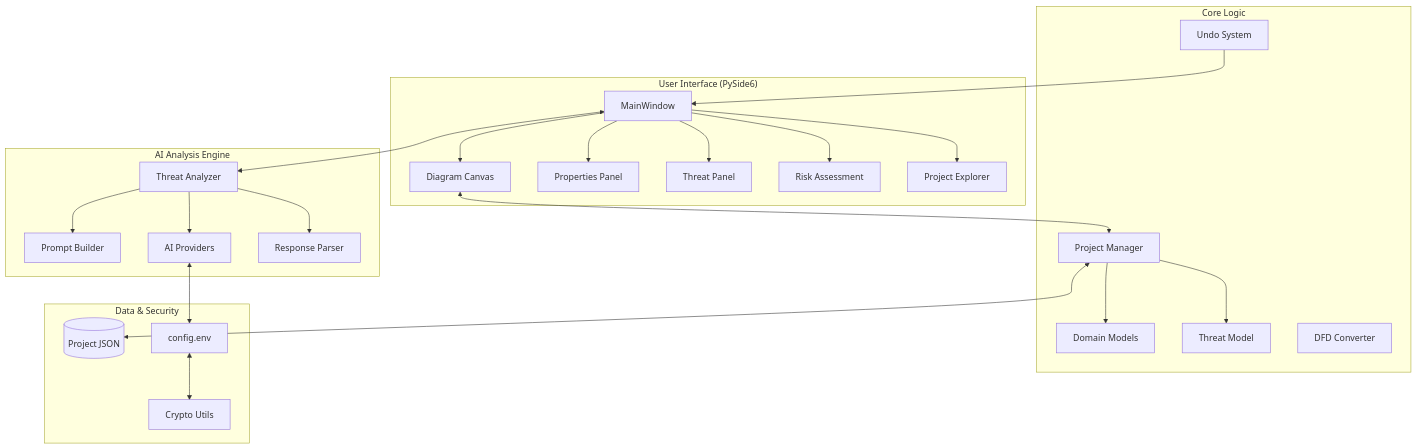
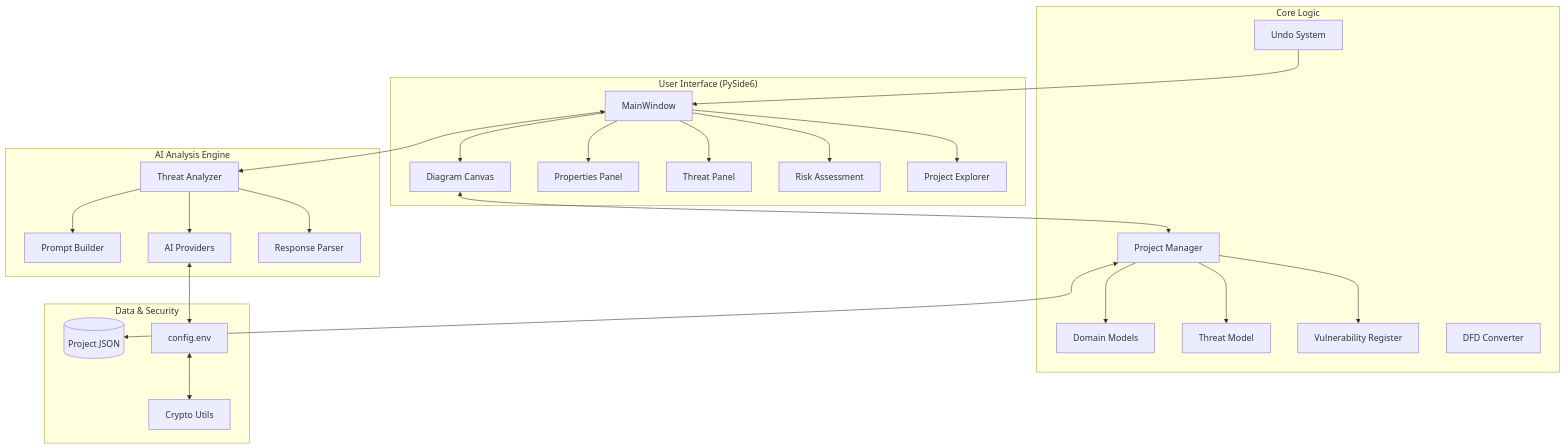
One commit to dipta-roy/ThreatPilot changed the diagram in ARCHITECTURE.md. Above: the diagram before and after it, drawn with Mermaid. The commit also changed other lines of this file and 25 other files, not shown here.

````diff
--- a/ARCHITECTURE.md
+++ b/ARCHITECTURE.md
@@ -11,35 +11,36 @@
 ```mermaid
 graph TD
     subgraph "User Interface (PySide6)"
         MW[MainWindow] --> DC[Diagram Canvas]
         MW --> PP[Properties Panel]
         MW --> TP[Threat Panel]
         MW --> RA[Risk Assessment]
         MW --> PE[Project Explorer]
     end
 
     subgraph "Core Logic"
         PM[Project Manager] --> DM[Domain Models]
         PM --> TM[Threat Model]
+        PM --> VR[Vulnerability Register]
         US[Undo System] --> MW
         DFD[DFD Converter]
     end
 
     subgraph "AI Analysis Engine"
         TA[Threat Analyzer] --> PB[Prompt Builder]
         TA --> AP[AI Providers]
         TA --> RP[Response Parser]
     end
 
     subgraph "Data & Security"
         JSON[(Project JSON)]
         ENV[config.env]
         CRY[Crypto Utils]
     end
 
     DC <--> PM
     PM <--> JSON
     MW <--> TA
     AP <--> ENV
     ENV <--> CRY
 ```
````
